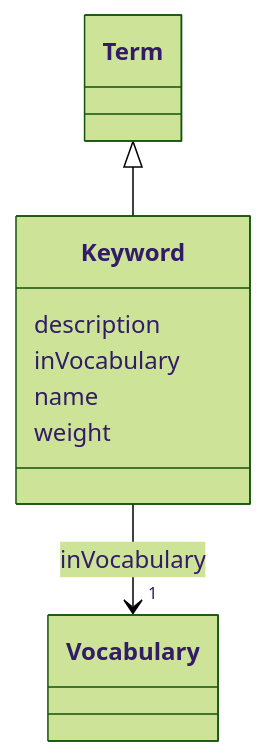
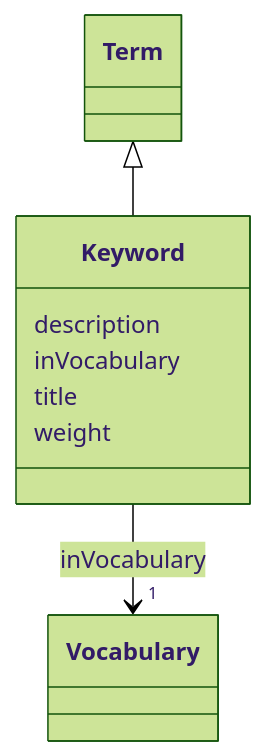
Before and after one commit to EVORA-project/evora-ontology: the diagram in models/docs/Keyword.md, drawn with Mermaid (forest theme). The commit also changed other lines of this file and 435 other files, not shown here.

````diff
--- a/models/docs/Keyword.md
+++ b/models/docs/Keyword.md
@@ -19,24 +19,24 @@
 ```mermaid
  classDiagram
     class Keyword
     click Keyword href "../Keyword"
       Term <|-- Keyword
         click Term href "../Term"
       
       Keyword : description
         
       Keyword : inVocabulary
         
           
     
     
     Keyword --> "1" Vocabulary : inVocabulary
     click Vocabulary href "../Vocabulary"
 
         
-      Keyword : name
+      Keyword : title
         
       Keyword : weight
         
       
 ```
````
